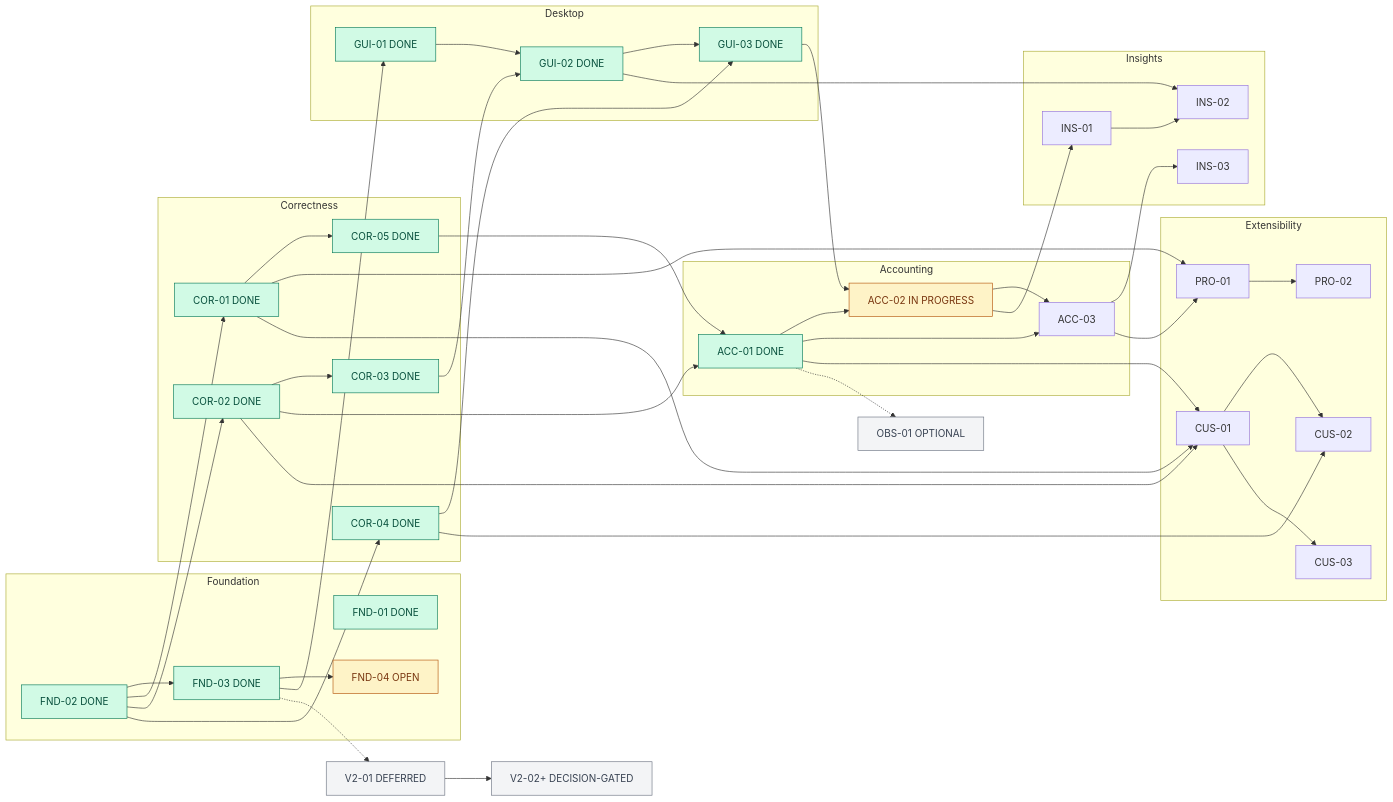
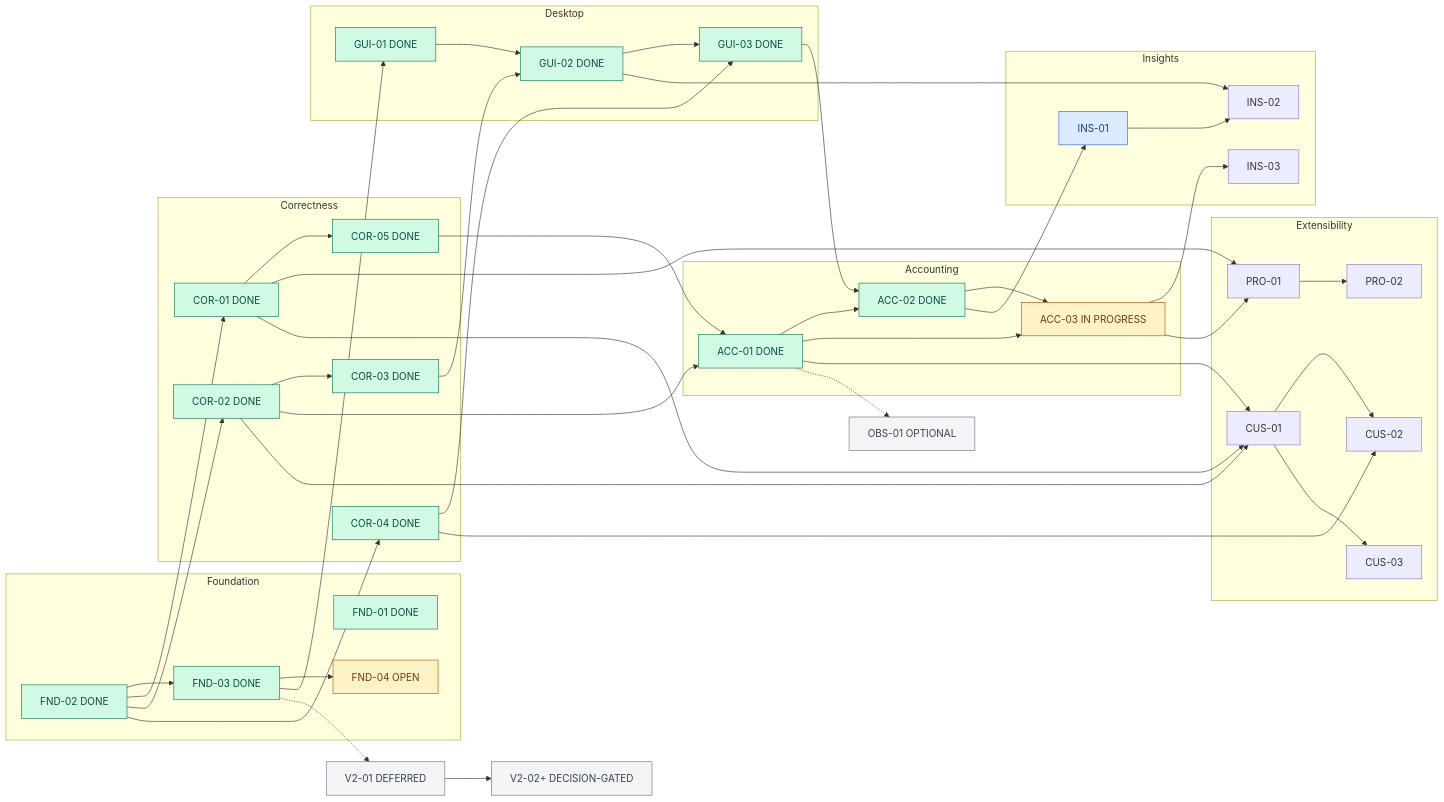
One commit to slkiser/opencode-quota changed the second of 2 diagrams in docs/UPSTREAM_DELIVERY_PLAN.md. Above: the diagram before and after it, drawn with Mermaid. The commit also changed other lines of this file and 26 other files, not shown here.

````diff
--- a/docs/UPSTREAM_DELIVERY_PLAN.md
+++ b/docs/UPSTREAM_DELIVERY_PLAN.md
@@ -182,57 +182,58 @@
 ```mermaid
 flowchart LR
   subgraph Foundation
     F01["FND-01 DONE"]
     F02["FND-02 DONE"] --> F03["FND-03 DONE"]
     F03 --> F04["FND-04 OPEN"]
   end
   subgraph Correctness
     F02 --> C01["COR-01 DONE"]
     F02 --> C02["COR-02 DONE"]
     C02 --> C03["COR-03 DONE"]
     F02 --> C04["COR-04 DONE"]
     C01 --> C05["COR-05 DONE"]
   end
   subgraph Desktop
     F03 --> G01["GUI-01 DONE"]
     G01 --> G02["GUI-02 DONE"]
     C03 --> G02
     G02 --> G03["GUI-03 DONE"]
     C04 --> G03
   end
   subgraph Accounting
     C02 --> A01["ACC-01 DONE"]
     C05 --> A01
-    A01 --> A02["ACC-02 IN PROGRESS"]
+    A01 --> A02["ACC-02 DONE"]
     G03 --> A02
-    A01 --> A03["ACC-03"]
+    A01 --> A03["ACC-03 IN PROGRESS"]
     A02 --> A03
   end
   subgraph Insights
     A02 --> I01["INS-01"]
     I01 --> I02["INS-02"]
     G02 --> I02
     A03 --> I03["INS-03"]
   end
   subgraph Extensibility
     A03 --> P01["PRO-01"]
     C01 --> P01
     P01 --> P02["PRO-02"]
     A01 --> U01["CUS-01"]
     C01 --> U01
     C02 --> U01
     U01 --> U02["CUS-02"]
     C04 --> U02
     U01 --> U03["CUS-03"]
   end
   A01 -.-> O01["OBS-01 OPTIONAL"]
   F03 -.-> V01["V2-01 DEFERRED"]
   V01 --> V02["V2-02+ DECISION-GATED"]
   classDef done fill:#d1fae5,stroke:#047857,color:#064e3b;
   classDef active fill:#fef3c7,stroke:#b45309,color:#78350f;
   classDef ready fill:#dbeafe,stroke:#2563eb,color:#1e3a8a;
   classDef optional fill:#f3f4f6,stroke:#6b7280,color:#374151;
-  class F01,F02,F03,C01,C02,C03,C04,C05,G01,G02,G03,A01 done;
-  class F04,A02 active;
+  class F01,F02,F03,C01,C02,C03,C04,C05,G01,G02,G03,A01,A02 done;
+  class F04,A03 active;
+  class I01 ready;
   class O01,V01,V02 optional;
 ```
````
